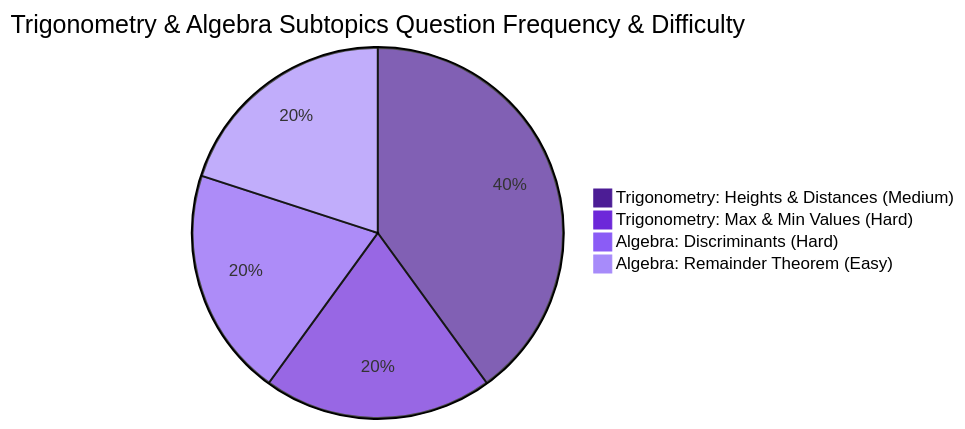
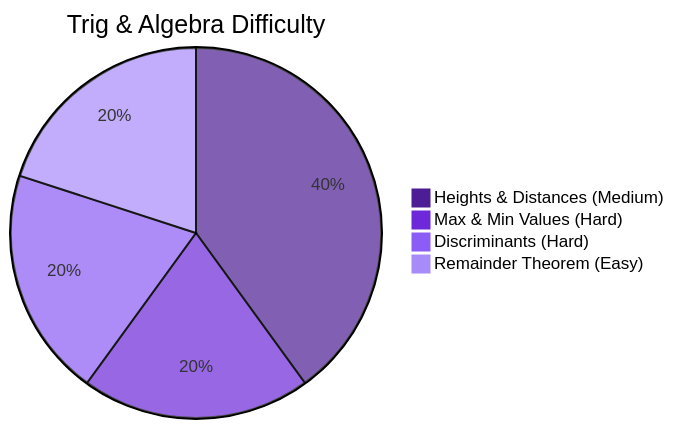
The fifth of 5 diagrams in content/cds/elementary-mathematics/elementary_mathematics_overview.md (skc-coder/SAGE), drawn with Mermaid before and after one commit. The commit also changed other lines of this file and 3 other files, not shown here.

First line of the commit message:
fix(skill): relocate Chapter/Topic accuracy charts to Overview pages and enforce concise Mermaid graph titles

````diff
--- a/content/cds/elementary-mathematics/elementary_mathematics_overview.md
+++ b/content/cds/elementary-mathematics/elementary_mathematics_overview.md
@@ -52,8 +53,8 @@
 ```mermaid
 %%{init: {'themeVariables': { 'pie1': '#4c1d95', 'pie2': '#6d28d9', 'pie3': '#8b5cf6', 'pie4': '#a78bfa'}}}%%
-pie title Trigonometry & Algebra Subtopics Question Frequency & Difficulty
-    "Trigonometry: Heights & Distances (Medium)" : 2
-    "Trigonometry: Max & Min Values (Hard)" : 1
-    "Algebra: Discriminants (Hard)" : 1
-    "Algebra: Remainder Theorem (Easy)" : 1
+pie title Trig & Algebra Difficulty
+    "Heights & Distances (Medium)" : 2
+    "Max & Min Values (Hard)" : 1
+    "Discriminants (Hard)" : 1
+    "Remainder Theorem (Easy)" : 1
 ```
````
